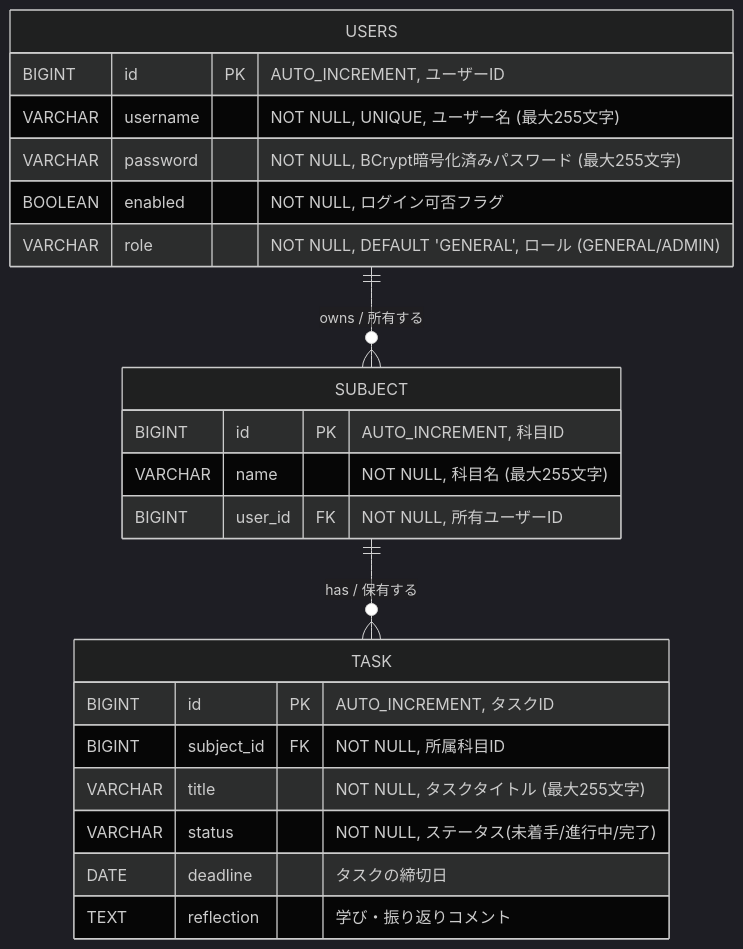
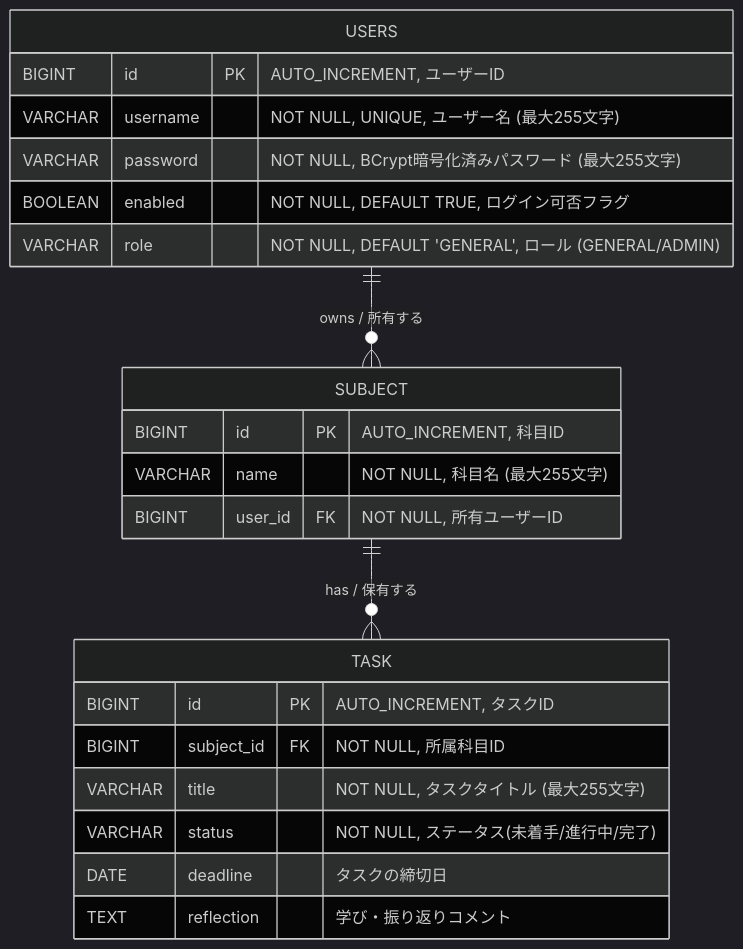
Before and after one commit to taidonn1216/java-study-tracker: the diagram in docs/er-diagram.md, drawn with Mermaid (dark theme). The commit also changed other lines of this file and 1 other file, not shown here.

Commit message:
docs: README更新・E-R図修正

````diff
--- a/docs/er-diagram.md
+++ b/docs/er-diagram.md
@@ -17,27 +17,27 @@
 ```mermaid
 erDiagram
      USERS {
         BIGINT id PK "AUTO_INCREMENT, ユーザーID"
         VARCHAR username "NOT NULL, UNIQUE, ユーザー名 (最大255文字)"
         VARCHAR password "NOT NULL, BCrypt暗号化済みパスワード (最大255文字)"
-        BOOLEAN enabled "NOT NULL, ログイン可否フラグ"
+        BOOLEAN enabled "NOT NULL, DEFAULT TRUE, ログイン可否フラグ"
         VARCHAR role "NOT NULL, DEFAULT 'GENERAL', ロール (GENERAL/ADMIN)"
     }
 
     SUBJECT {
         BIGINT id PK "AUTO_INCREMENT, 科目ID"
         VARCHAR name "NOT NULL, 科目名 (最大255文字)"
         BIGINT user_id FK "NOT NULL, 所有ユーザーID"
     }
 
     TASK {
         BIGINT id PK "AUTO_INCREMENT, タスクID"
         BIGINT subject_id FK "NOT NULL, 所属科目ID"
         VARCHAR title "NOT NULL, タスクタイトル (最大255文字)"
         VARCHAR status "NOT NULL, ステータス(未着手/進行中/完了)"
         DATE deadline "タスクの締切日"
         TEXT reflection "学び・振り返りコメント"
     }
     USERS ||--o{ SUBJECT : "owns / 所有する"
     SUBJECT ||--o{ TASK : "has / 保有する"
 ```
````
